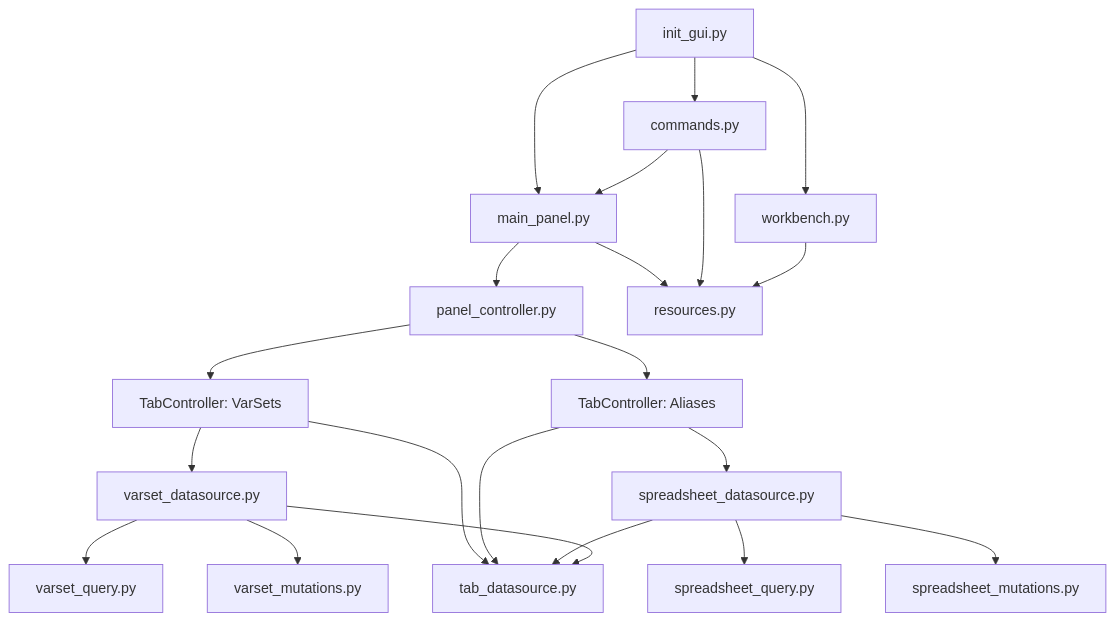
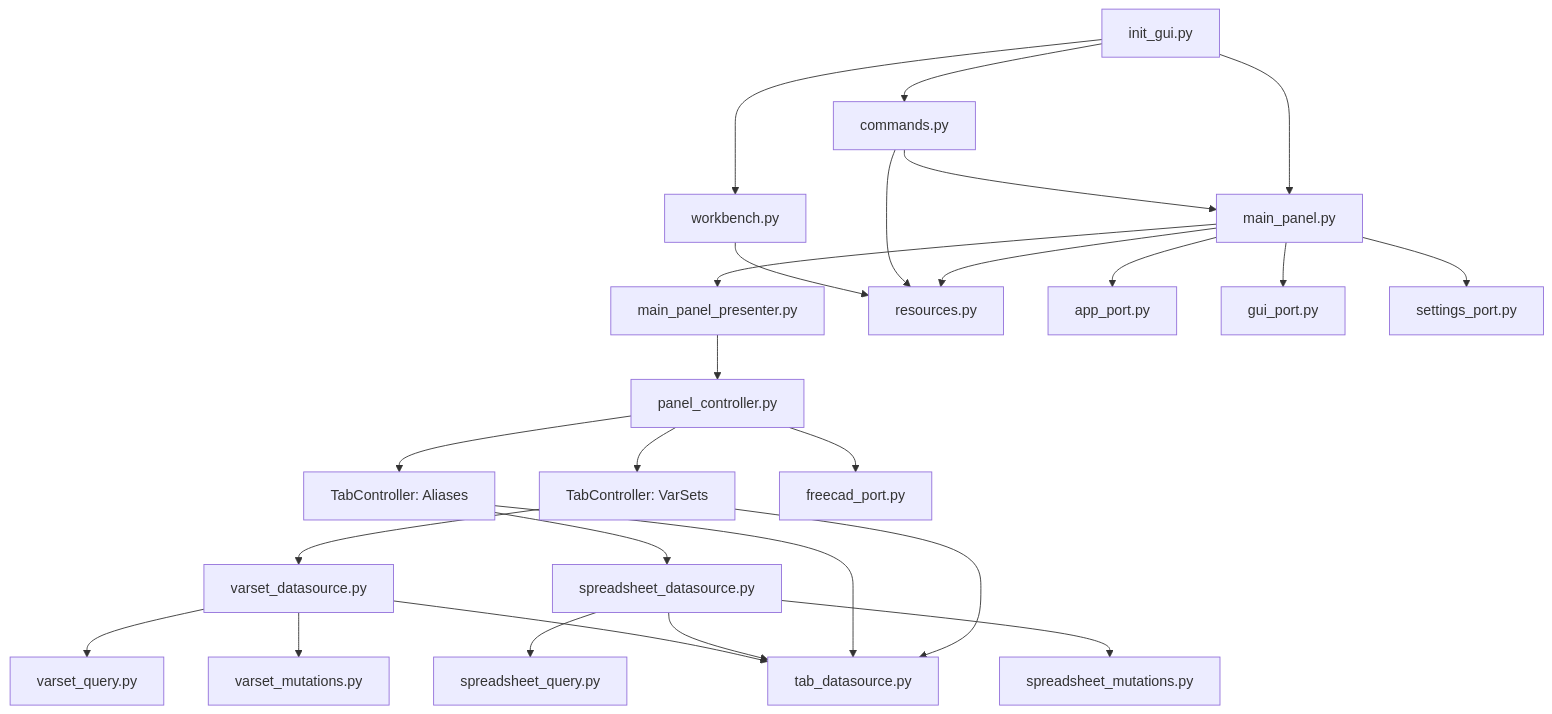
Before and after one commit to royw/freecad_datamanager_workbench: the first of 4 diagrams in docs/architecture.md, drawn with Mermaid. The commit also changed other lines of this file, not shown here.

Commit message:
docs: update architecture

````diff
--- a/docs/architecture.md
+++ b/docs/architecture.md
@@ -47,37 +77,44 @@
 ```mermaid
 flowchart TB
   %% Entry points
   InitGui[init_gui.py] --> Commands[commands.py]
   InitGui --> Workbench[workbench.py]
   InitGui --> MainPanel[main_panel.py]
 
   Commands --> MainPanel
 
-  %% UI -> controller
-  MainPanel --> PanelController[panel_controller.py]
+  %% UI -> presenter -> controller
+  MainPanel --> Presenter[main_panel_presenter.py]
+  Presenter --> PanelController[panel_controller.py]
 
   %% Controllers
   PanelController --> VarTab[TabController: VarSets]
   PanelController --> AliasTab[TabController: Aliases]
 
   VarTab --> VarDS[varset_datasource.py]
   AliasTab --> SheetDS[spreadsheet_datasource.py]
 
   %% Data sources
   VarDS --> VarQuery[varset_query.py]
   VarDS --> VarMut[varset_mutations.py]
 
   SheetDS --> SheetQuery[spreadsheet_query.py]
   SheetDS --> SheetMut[spreadsheet_mutations.py]
 
   %% Shared types
   VarTab --> TabDS[tab_datasource.py]
   AliasTab --> TabDS
   SheetDS --> TabDS
   VarDS --> TabDS
 
   %% Resources
   MainPanel --> Resources[resources.py]
   Commands --> Resources
   Workbench --> Resources
+
+  %% Ports
+  MainPanel --> AppPort[app_port.py]
+  MainPanel --> GuiPort[gui_port.py]
+  MainPanel --> SettingsPort[settings_port.py]
+  PanelController --> FreeCadPort[freecad_port.py]
 ```
````
